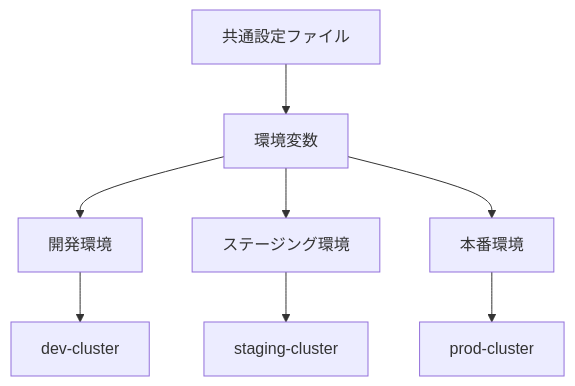
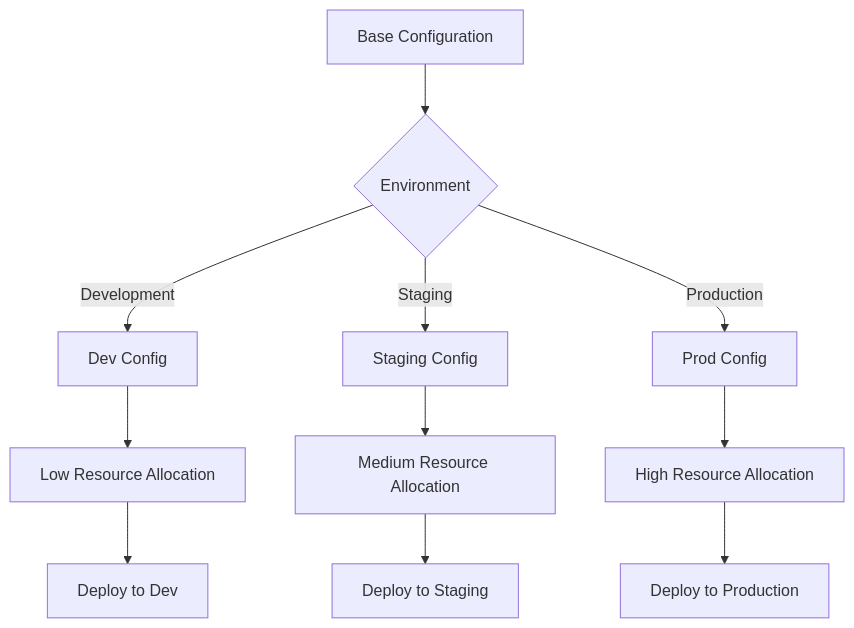
One commit to bufferings/devin-docs changed the diagram in ecspresso/practical/multi-env.md. Above: the diagram before and after it, drawn with Mermaid. The commit also changed other lines of this file and 33 other files, not shown here.

````diff
--- a/ecspresso/practical/multi-env.md
+++ b/ecspresso/practical/multi-env.md
@@ -17,10 +103,13 @@
 ```mermaid
 graph TD
-    A[共通設定ファイル] --> B[環境変数]
-    B --> C[開発環境]
-    B --> D[ステージング環境]
-    B --> E[本番環境]
-    C --> F[dev-cluster]
-    D --> G[staging-cluster]
-    E --> H[prod-cluster]
+    A[Base Configuration] --> B{Environment}
+    B -->|Development| C[Dev Config]
+    B -->|Staging| D[Staging Config]
+    B -->|Production| E[Prod Config]
+    C --> F[Low Resource Allocation]
+    D --> G[Medium Resource Allocation]
+    E --> H[High Resource Allocation]
+    F --> I[Deploy to Dev]
+    G --> J[Deploy to Staging]
+    H --> K[Deploy to Production]
 ```
````
